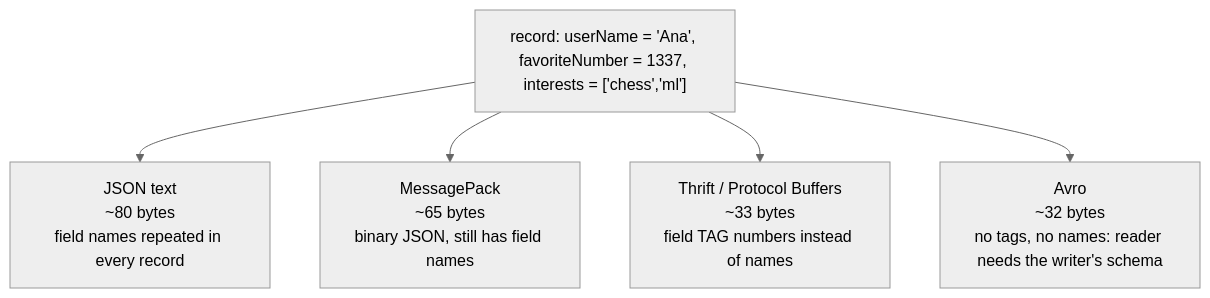
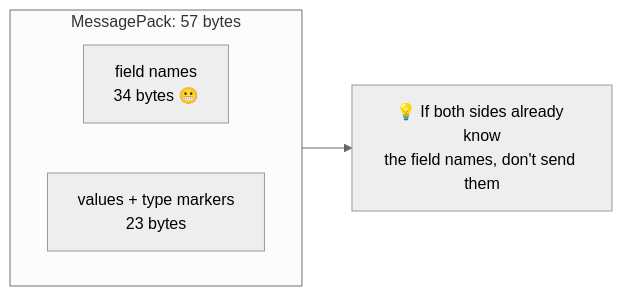
One commit to pratikguru998/ddia-book changed the seventh of 28 diagrams in docs/chapters/part-1/04-encoding-evolution.mdx. Above: the diagram before and after it, drawn with Mermaid (neutral theme). The commit also changed other lines of this file and 13 other files, not shown here.

Commit message:
Expand all 12 chapters: every book subsection, deeper notes, ~320 diagrams

````diff
--- a/docs/chapters/part-1/04-encoding-evolution.mdx
+++ b/docs/chapters/part-1/04-encoding-evolution.mdx
@@ -58,8 +234,9 @@
 ```mermaid
-flowchart TB
-  REC["record: userName = 'Ana', favoriteNumber = 1337, interests = ['chess','ml']"]
-  REC --> J["JSON text<br/>~80 bytes<br/>field names repeated in every record"]
-  REC --> MP["MessagePack<br/>~65 bytes<br/>binary JSON, still has field names"]
-  REC --> TP["Thrift / Protocol Buffers<br/>~33 bytes<br/>field TAG numbers instead of names"]
-  REC --> AV["Avro<br/>~32 bytes<br/>no tags, no names: reader needs the writer's schema"]
+flowchart LR
+  subgraph MP["MessagePack: 57 bytes"]
+    direction LR
+    N["field names<br/>34 bytes 😬"]
+    V["values + type markers<br/>23 bytes"]
+  end
+  MP --> IDEA["💡 If both sides already know<br/>the field names, don't send them"]
 ```
````
